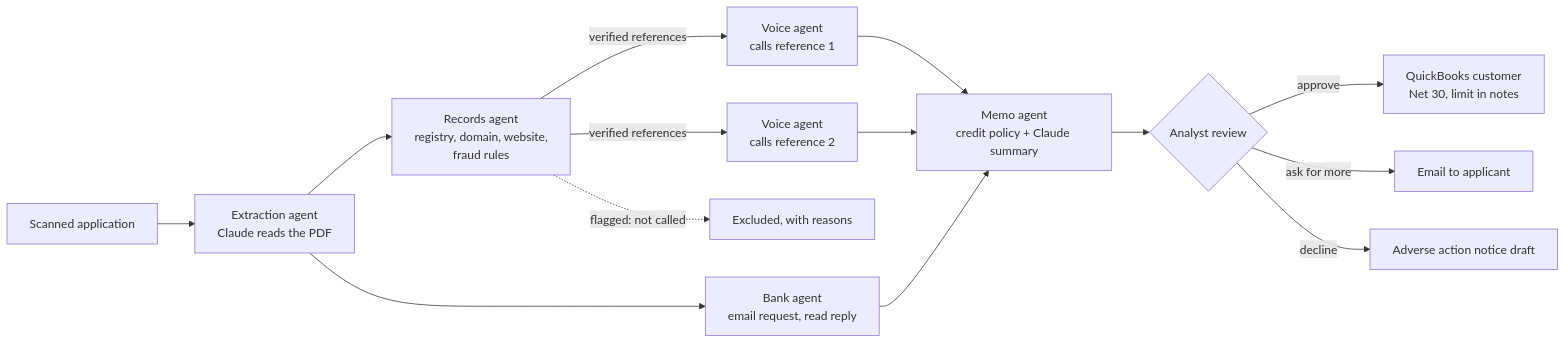
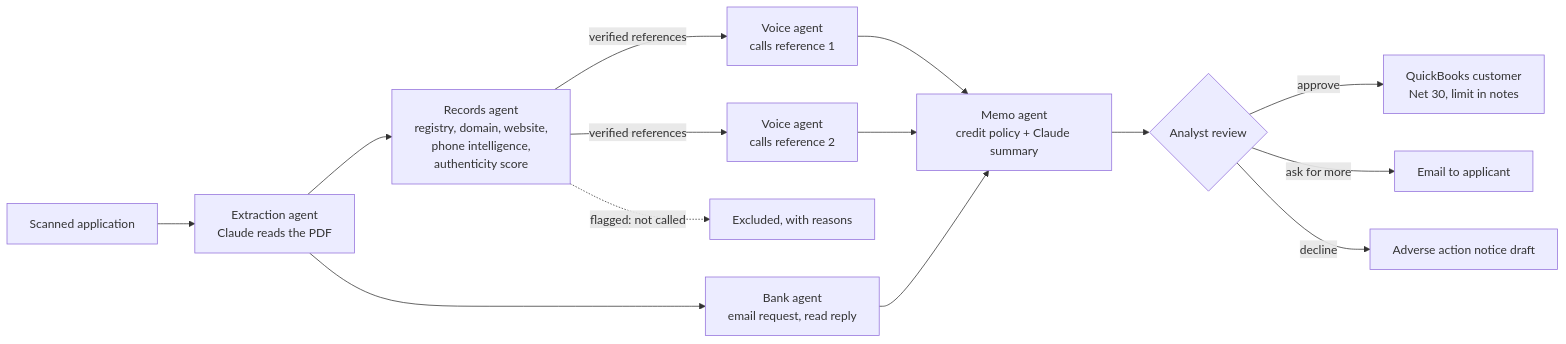
One commit to adityakirubakaran/vouch changed the diagram in README.md. Above: the diagram before and after it, drawn with Mermaid. The commit also changed other lines of this file and 22 other files, not shown here.

First line of the commit message:
Reference authenticity score with phone intelligence

````diff
--- a/README.md
+++ b/README.md
@@ -19,16 +19,16 @@
 ```mermaid
 flowchart LR
     A[Scanned application] --> X[Extraction agent<br/>Claude reads the PDF]
-    X --> V[Records agent<br/>registry, domain, website,<br/>fraud rules]
+    X --> V[Records agent<br/>registry, domain, website,<br/>phone intelligence,<br/>authenticity score]
     X --> B[Bank agent<br/>email request, read reply]
     V -->|verified references| C1[Voice agent<br/>calls reference 1]
     V -->|verified references| C2[Voice agent<br/>calls reference 2]
     V -.->|flagged: not called| F[Excluded, with reasons]
     C1 --> M[Memo agent<br/>credit policy + Claude summary]
     C2 --> M
     B --> M
     M --> R{Analyst review}
     R -->|approve| Q[QuickBooks customer<br/>Net 30, limit in notes]
     R -->|ask for more| E[Email to applicant]
     R -->|decline| N[Adverse action notice draft]
 ```
````
